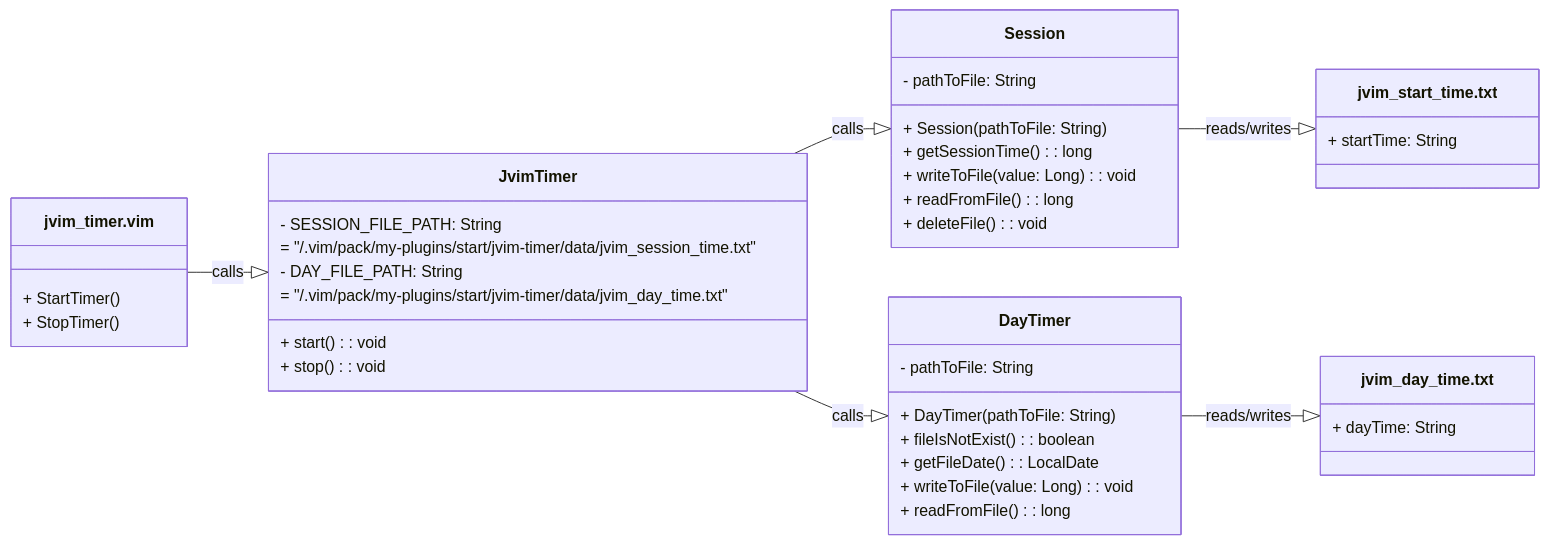
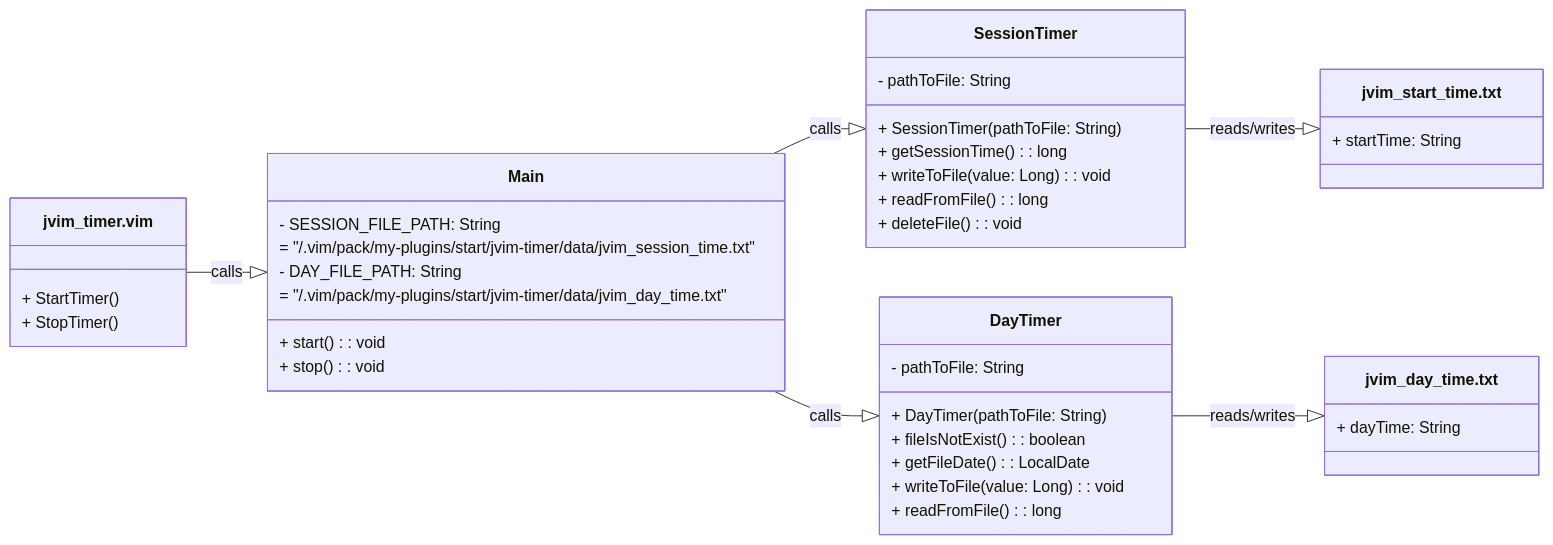
The first of 2 diagrams in jvim-timer/README.md (AlexandrAnatoliev/jvim-plugins), drawn with Mermaid before and after one commit. The commit also changed other lines of this file and 2 other files, not shown here.

First line of the commit message:
refactor(jvim-timer): rename JvimTimer class to Main class

````diff
--- a/jvim-timer/README.md
+++ b/jvim-timer/README.md
@@ -90,50 +90,50 @@
 ```mermaid
 classDiagram
   direction LR
   
   class jvim_timer.vim {
     + StartTimer()
     + StopTimer()
   }
 
-  class JvimTimer {
+  class Main {
     - SESSION_FILE_PATH: String 
       = "/.vim/pack/my-plugins/start/jvim-timer/data/jvim_session_time.txt"
     - DAY_FILE_PATH: String 
       = "/.vim/pack/my-plugins/start/jvim-timer/data/jvim_day_time.txt"
     + start(): void
     + stop(): void
   }
 
-  class Session {
+  class SessionTimer {
     - pathToFile: String
-    + Session(pathToFile: String)
+    + SessionTimer(pathToFile: String)
     + getSessionTime(): long
     + writeToFile(value: Long): void
     + readFromFile(): long
     + deleteFile(): void
   }
 
   class DayTimer {
     - pathToFile: String
     + DayTimer(pathToFile: String)
     + fileIsNotExist(): boolean
     + getFileDate(): LocalDate
     + writeToFile(value: Long): void
     + readFromFile(): long
   }
 
   class jvim_start_time.txt {
     + startTime: String 
   }
 
   class jvim_day_time.txt {
     + dayTime: String
   }
 
-  jvim_timer.vim --|> JvimTimer : calls
-  JvimTimer --|> Session : calls
-  JvimTimer --|> DayTimer : calls
-  Session --|> jvim_start_time.txt : reads/writes
+  jvim_timer.vim --|> Main : calls
+  Main --|> SessionTimer : calls
+  Main --|> DayTimer : calls
+  SessionTimer --|> jvim_start_time.txt : reads/writes
   DayTimer --|> jvim_day_time.txt : reads/writes
 ```
````
